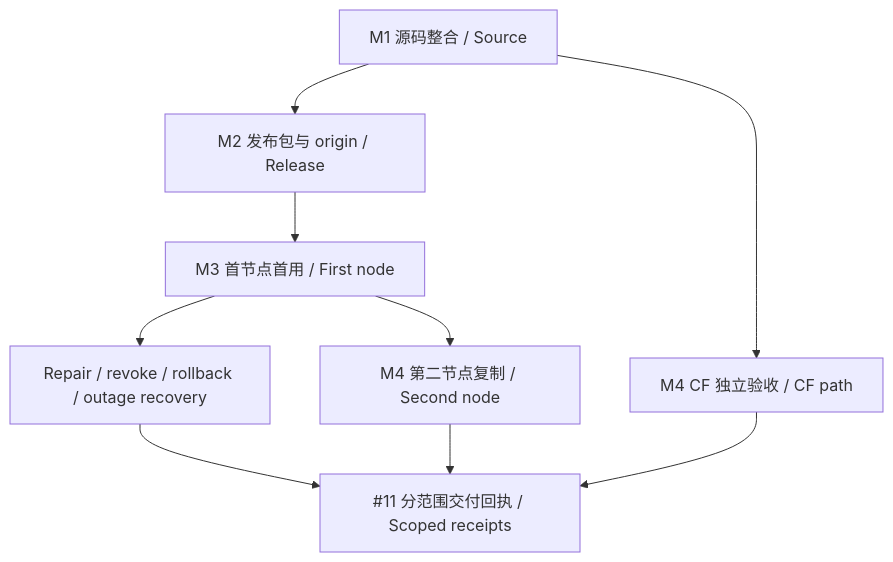
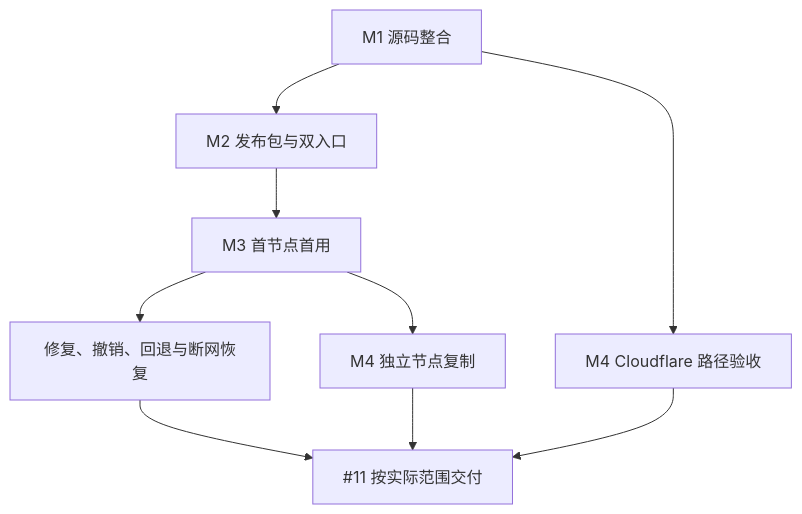
One commit to youling/ghostfleet changed the diagram in docs/DELIVERY.md. Above: the diagram before and after it, drawn with Mermaid. The commit also changed other lines of this file and 12 other files, not shown here.

Commit message:
docs: 收敛三节点回执、中文架构图与纳管体验研究

````diff
--- a/docs/DELIVERY.md
+++ b/docs/DELIVERY.md
@@ -38,11 +38,11 @@
 ```mermaid
 flowchart TD
-  Source["M1 源码整合 / Source"] --> Release["M2 发布包与 origin / Release"]
-  Release --> First["M3 首节点首用 / First node"]
-  First --> Second["M4 第二节点复制 / Second node"]
-  First --> Resilience["Repair / revoke / rollback / outage recovery"]
-  Source --> CF["M4 CF 独立验收 / CF path"]
-  Resilience --> Receipt["#11 分范围交付回执 / Scoped receipts"]
+  Source["M1 源码整合"] --> Release["M2 发布包与双入口"]
+  Release --> First["M3 首节点首用"]
+  First --> Second["M4 独立节点复制"]
+  First --> Resilience["修复、撤销、回退与断网恢复"]
+  Source --> CF["M4 Cloudflare 路径验收"]
+  Resilience --> Receipt["#11 按实际范围交付"]
   Second --> Receipt
   CF --> Receipt
 ```
````
